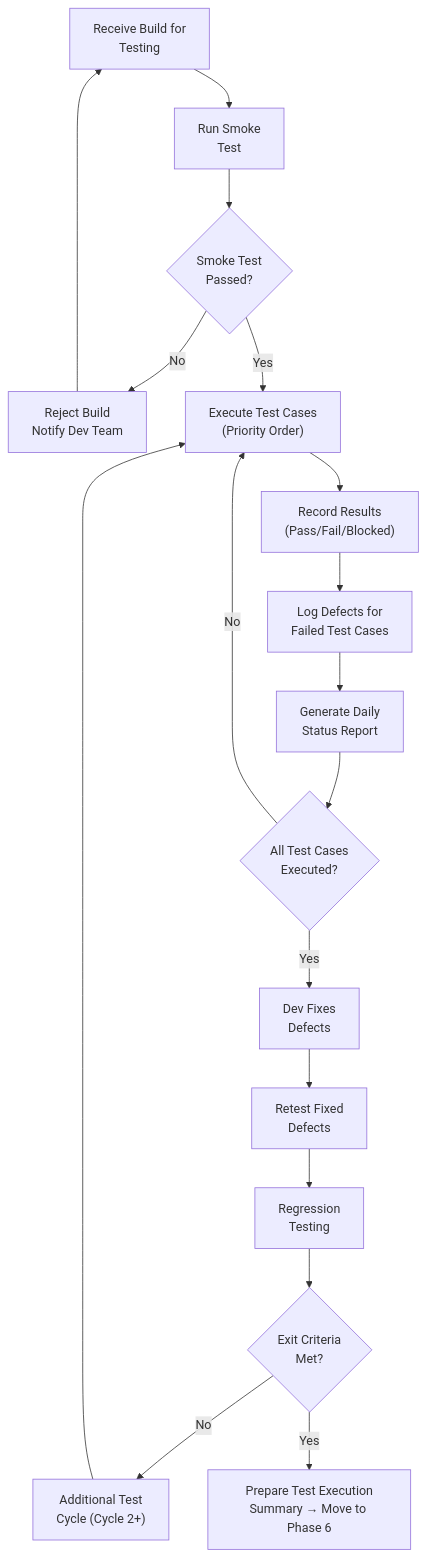
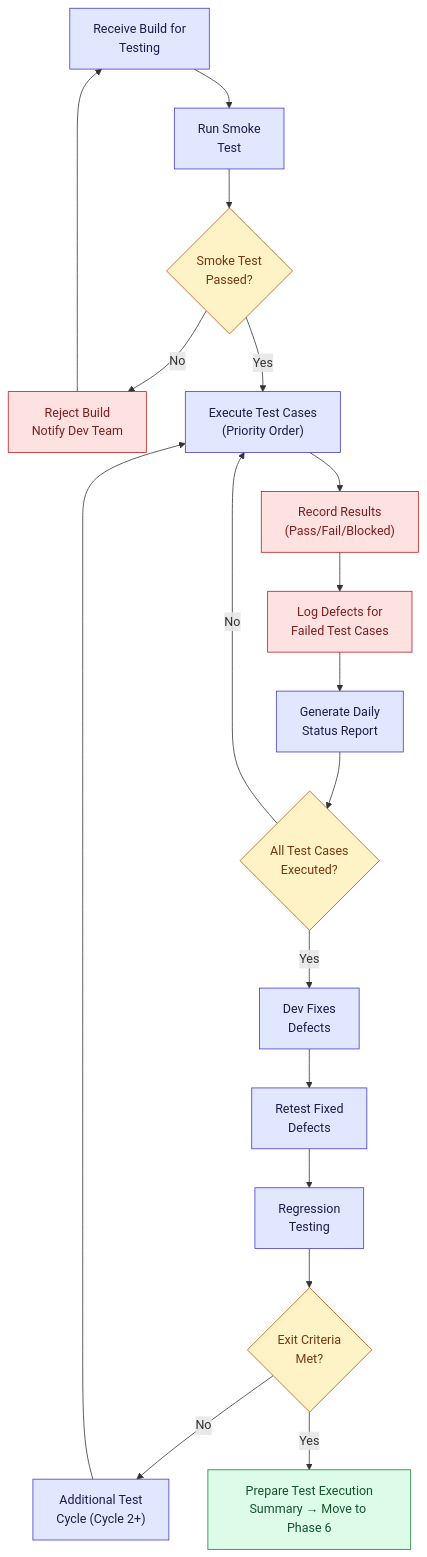
One commit to ghanendra-sdet/manual-testing-playbook changed the eighth of 10 diagrams in Part_03_STLC.md. Above: the diagram before and after it, drawn with Mermaid. The commit also changed other lines of this file and 15 other files, not shown here.

Commit message:
Fix broken routes and anchors; update OWASP 2025, ISTQB v4.0, WCAG 2.2, Jira/Zephyr naming and pricing; style diagrams

````diff
--- a/Part_03_STLC.md
+++ b/Part_03_STLC.md
@@ -1524,20 +1589,30 @@
 ```mermaid
 flowchart TD
-    A["Receive Build for\nTesting"] --> B["Run Smoke\nTest"]
-    B --> C{"Smoke Test\nPassed?"}
-    C -- No --> D["Reject Build\nNotify Dev Team"]
+    A["Receive Build for<br/>Testing"] --> B["Run Smoke<br/>Test"]
+    B --> C{"Smoke Test<br/>Passed?"}
+    C -- No --> D["Reject Build<br/>Notify Dev Team"]
     D --> A
-    C -- Yes --> E["Execute Test Cases\n(Priority Order)"]
-    E --> F["Record Results\n(Pass/Fail/Blocked)"]
-    F --> G["Log Defects for\nFailed Test Cases"]
-    G --> H["Generate Daily\nStatus Report"]
-    H --> I{"All Test Cases\nExecuted?"}
+    C -- Yes --> E["Execute Test Cases<br/>(Priority Order)"]
+    E --> F["Record Results<br/>(Pass/Fail/Blocked)"]
+    F --> G["Log Defects for<br/>Failed Test Cases"]
+    G --> H["Generate Daily<br/>Status Report"]
+    H --> I{"All Test Cases<br/>Executed?"}
     I -- No --> E
-    I -- Yes --> J["Dev Fixes\nDefects"]
-    J --> K["Retest Fixed\nDefects"]
-    K --> L["Regression\nTesting"]
-    L --> M{"Exit Criteria\nMet?"}
-    M -- No --> N["Additional Test\nCycle (Cycle 2+)"]
+    I -- Yes --> J["Dev Fixes<br/>Defects"]
+    J --> K["Retest Fixed<br/>Defects"]
+    K --> L["Regression<br/>Testing"]
+    L --> M{"Exit Criteria<br/>Met?"}
+    M -- No --> N["Additional Test<br/>Cycle (Cycle 2+)"]
     N --> E
-    M -- Yes --> O["Prepare Test Execution\nSummary → Move to Phase 6"]
+    M -- Yes --> O["Prepare Test Execution<br/>Summary → Move to Phase 6"]
+
+    classDef start fill:#dbeafe,stroke:#1d4ed8,color:#1e3a8a
+    classDef step fill:#e0e7ff,stroke:#4338ca,color:#1e1b4b
+    classDef decision fill:#fef3c7,stroke:#b45309,color:#78350f
+    classDef good fill:#dcfce7,stroke:#15803d,color:#14532d
+    classDef bad fill:#fee2e2,stroke:#b91c1c,color:#7f1d1d
+    class A,B,E,H,J,K,L,N step
+    class C,I,M decision
+    class D,F,G bad
+    class O good
 ```
````
